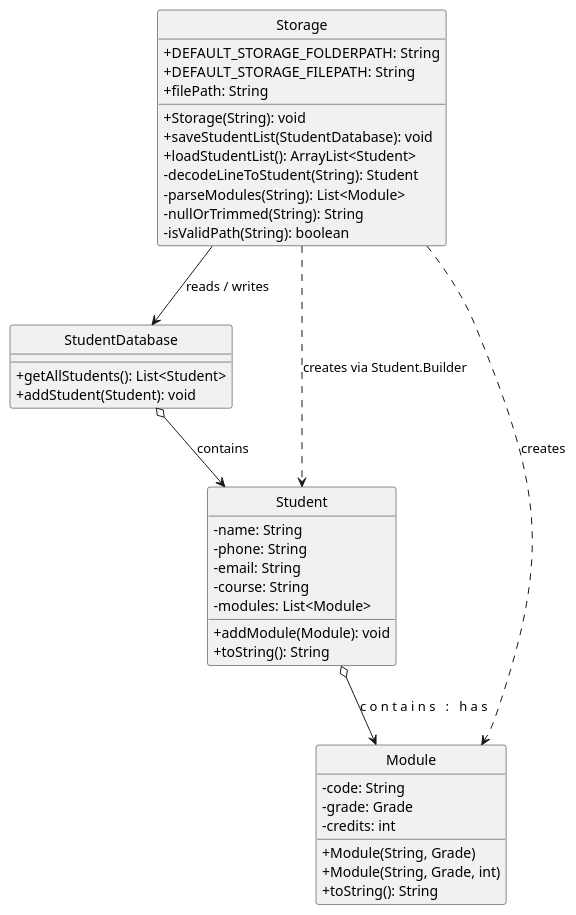
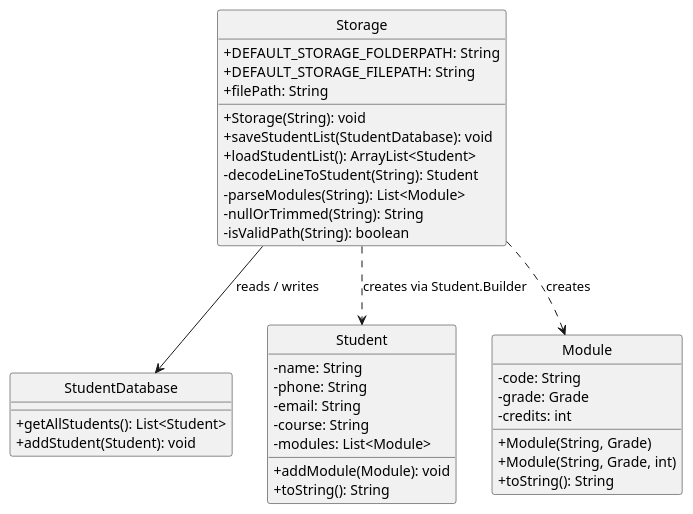
One commit to denyh6/tp changed the diagram in docs/diagrams/StorageClassDiagram.puml. Above: the diagram before and after it, drawn with PlantUML. The commit also changed 16 other files, not shown here.

```diff
--- a/docs/diagrams/StorageClassDiagram.puml
+++ b/docs/diagrams/StorageClassDiagram.puml
@@ -1,48 +1,48 @@
 @startuml StorageClassDiagram
 skinparam classAttributeIconSize 0
 skinparam style strictuml
 
 class Storage {
     + DEFAULT_STORAGE_FOLDERPATH: String
     + DEFAULT_STORAGE_FILEPATH: String
     + filePath: String
     + Storage(String): void
     + saveStudentList(StudentDatabase): void
     + loadStudentList(): ArrayList<Student>
     - decodeLineToStudent(String): Student
     - parseModules(String): List<Module>
     - nullOrTrimmed(String): String
     - isValidPath(String): boolean
 }
 
 class StudentDatabase {
     + getAllStudents(): List<Student>
     + addStudent(Student): void
 }
 
 class Student {
     - name: String
     - phone: String
     - email: String
     - course: String
     - modules: List<Module>
     + addModule(Module): void
     + toString(): String
 }
 
 class Module {
     - code: String
     - grade: Grade
     - credits: int
     + Module(String, Grade)
     + Module(String, Grade, int)
     + toString(): String
 }
 
 Storage --> StudentDatabase       : reads / writes
 Storage ..> Student               : creates via Student.Builder
 Storage ..> Module                : creates
-StudentDatabase o--> Student      : contains
-Student o--> Module               : contains              : has
+
+
 
 @enduml
```
